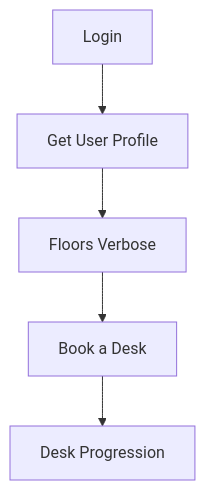
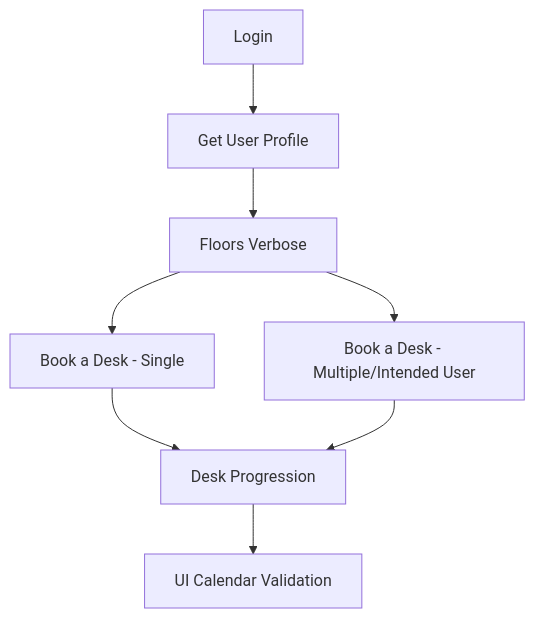
One commit to unsouled42/myreport changed the first of 2 diagrams in api_testing.md. Above: the diagram before and after it, drawn with Mermaid. The commit also changed other lines of this file, not shown here.

````diff
--- a/api_testing.md
+++ b/api_testing.md
@@ -177,7 +247,10 @@
 ```mermaid
 graph TD
   A[Login] --> B[Get User Profile]
   B --> C[Floors Verbose]
-  C --> D[Book a Desk]
+  C --> D[Book a Desk - Single]
+  C --> D1[Book a Desk - Multiple/Intended User]
   D --> E[Desk Progression]
+  D1 --> E
+  E --> F[UI Calendar Validation]
 ```
````
